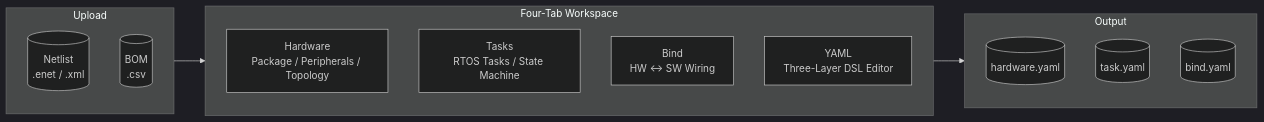
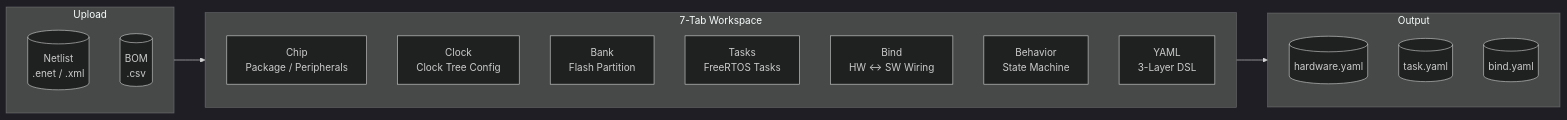
The first of 2 diagrams in README.md (jinliangliu/hw2c-web), drawn with Mermaid (dark theme) before and after one commit. The commit also changed other lines of this file and 22 other files, not shown here.

````diff
--- a/README.md
+++ b/README.md
@@ -15,22 +15,25 @@
 ```mermaid
 flowchart LR
     subgraph Input["Upload"]
         A1[("Netlist<br>.enet / .xml")]
         A2[("BOM<br>.csv")]
     end
 
-    subgraph Tabs["Four-Tab Workspace"]
-        B1["Hardware<br>Package / Peripherals / Topology"]
-        B2["Tasks<br>RTOS Tasks / State Machine"]
-        B3["Bind<br>HW <-> SW Wiring"]
-        B4["YAML<br>Three-Layer DSL Editor"]
+    subgraph Tabs["7-Tab Workspace"]
+        B1["Chip<br>Package / Peripherals"]
+        B2["Clock<br>Clock Tree Config"]
+        B3["Bank<br>Flash Partition"]
+        B4["Tasks<br>FreeRTOS Tasks"]
+        B5["Bind<br>HW ↔ SW Wiring"]
+        B6["Behavior<br>State Machine"]
+        B7["YAML<br>3-Layer DSL"]
     end
 
     subgraph Output["Output"]
         C1[("hardware.yaml")]
         C2[("task.yaml")]
         C3[("bind.yaml")]
     end
 
     Input --> Tabs --> Output
 ```
````
